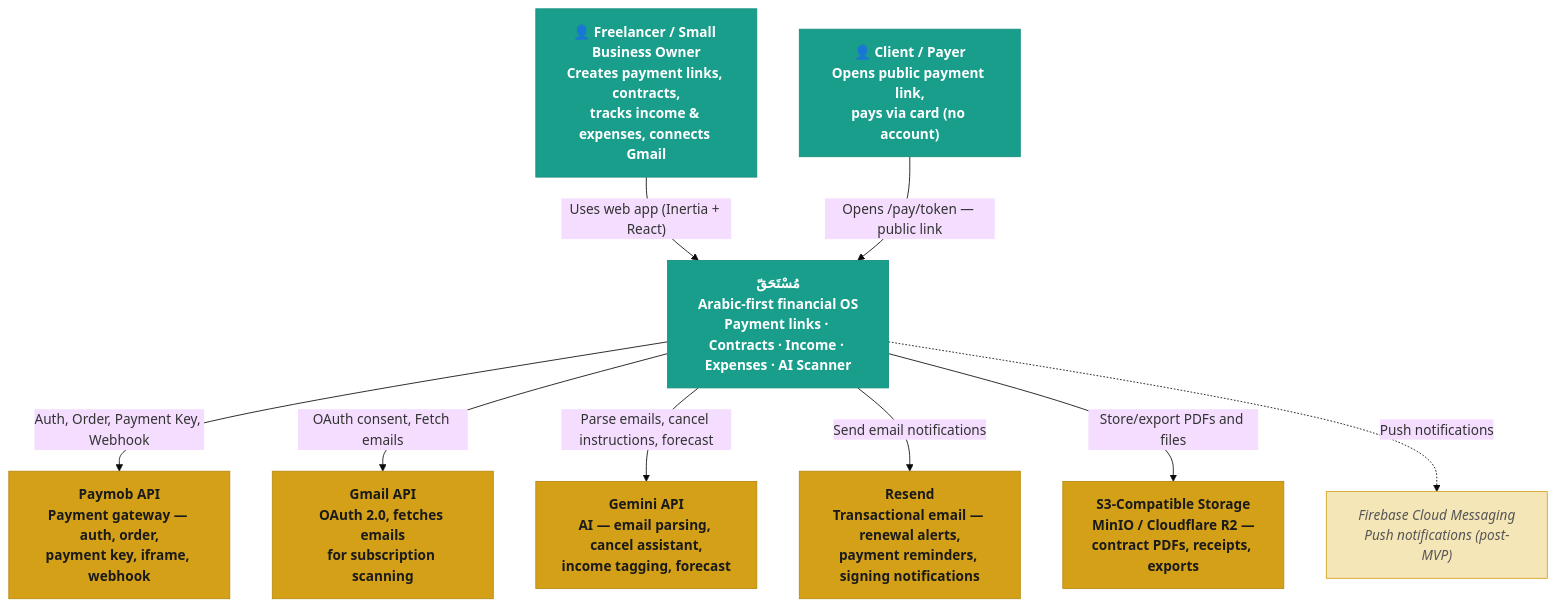
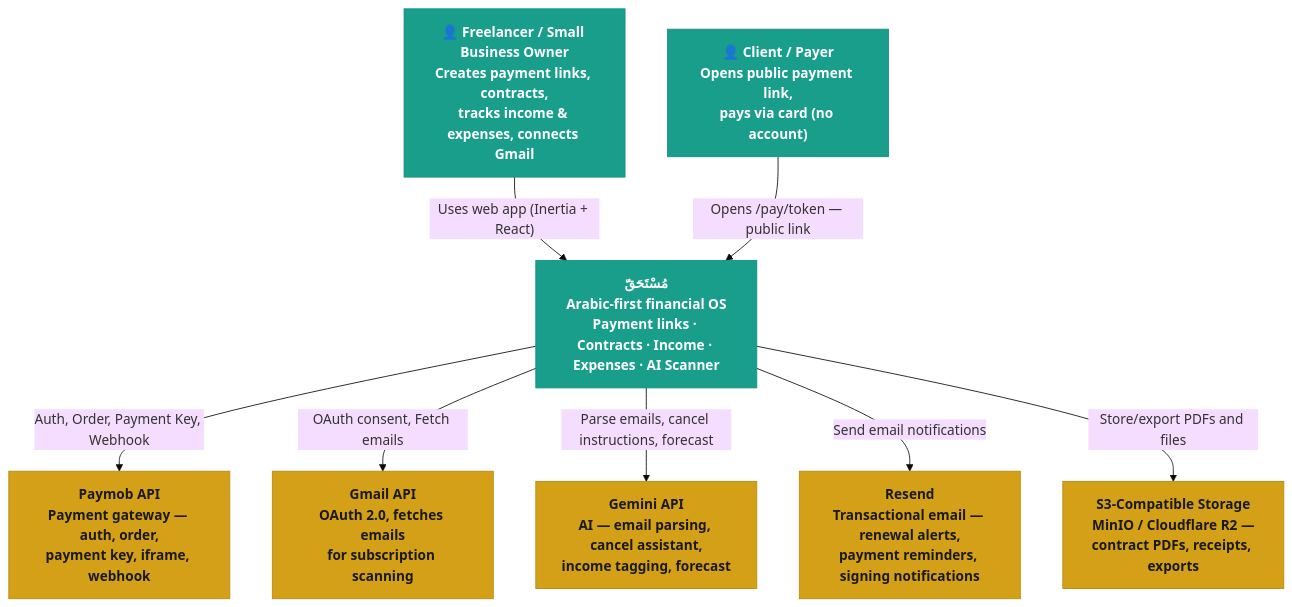
The first of 3 diagrams in docs/architecture.md (omar-the-junior/salam-hack-2026), drawn with Mermaid (base theme) before and after one commit. The commit also changed other lines of this file and 2 other files, not shown here.

Commit message:
feat: add scheduler worker to architecture and deployment documentation

````diff
--- a/docs/architecture.md
+++ b/docs/architecture.md
@@ -12,38 +12,35 @@
 ```mermaid
 flowchart TB
     classDef person fill:#1A9E8C,stroke:#148F7E,color:#fff,font-weight:bold
     classDef system fill:#1A9E8C,stroke:#148F7E,color:#fff,font-weight:bold
     classDef external fill:#D4A017,stroke:#B8890F,color:#1a1a1a,font-weight:bold
     classDef postmvp fill:#F5E6B8,stroke:#D4A017,color:#555,font-style:italic
 
     freelancer["👤 Freelancer / Small Business Owner<br/>Creates payment links, contracts,<br/>tracks income & expenses, connects Gmail"]
     client["👤 Client / Payer<br/>Opens public payment link,<br/>pays via card (no account)"]
 
     mustahaq["مُسْتَحَقّ<br/>Arabic-first financial OS<br/>Payment links · Contracts · Income · Expenses · AI Scanner"]
 
     paymob["Paymob API<br/>Payment gateway — auth, order,<br/>payment key, iframe, webhook"]
     gmail["Gmail API<br/>OAuth 2.0, fetches emails<br/>for subscription scanning"]
     gemini["Gemini API<br/>AI — email parsing, cancel assistant,<br/>income tagging, forecast"]
     resend["Resend<br/>Transactional email — renewal alerts,<br/>payment reminders, signing notifications"]
     storage["S3-Compatible Storage<br/>MinIO / Cloudflare R2 —<br/>contract PDFs, receipts, exports"]
-    fcm["Firebase Cloud Messaging<br/>Push notifications (post-MVP)"]
 
     class freelancer person
     class client person
     class mustahaq system
     class paymob external
     class gmail external
     class gemini external
     class resend external
     class storage external
-    class fcm postmvp
 
     freelancer -->|"Uses web app (Inertia + React)"| mustahaq
     client -->|"Opens /pay/token — public link"| mustahaq
     mustahaq -->|"Auth, Order, Payment Key, Webhook"| paymob
     mustahaq -->|"OAuth consent, Fetch emails"| gmail
     mustahaq -->|"Parse emails, cancel instructions, forecast"| gemini
     mustahaq -->|"Send email notifications"| resend
     mustahaq -->|"Store/export PDFs and files"| storage
-    mustahaq -.->|"Push notifications"| fcm
 ```
````
